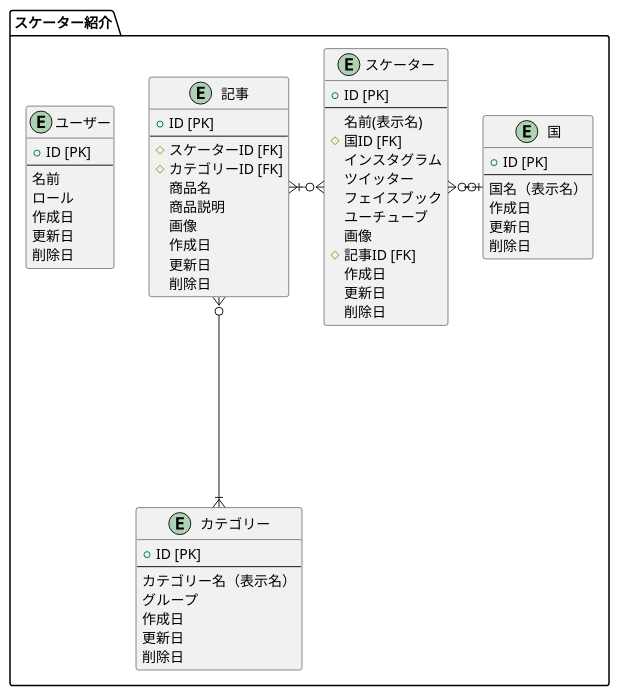
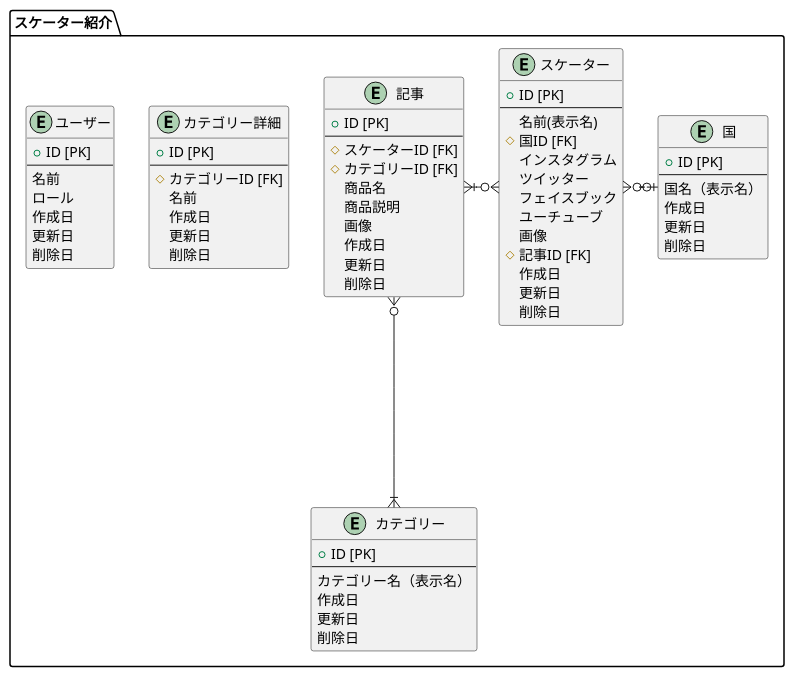
One commit to Gaku301/skate changed the diagram in document/er/er.puml. Above: the diagram before and after it, drawn with PlantUML.

Commit message:
no message

```diff
--- a/document/er/er.puml
+++ b/document/er/er.puml
@@ -1,81 +1,90 @@
 @startuml
 
 package "スケーター紹介"{
     entity "スケーター" as skaters{
         + ID [PK]
         --
         名前(表示名)
         #国ID [FK]
         インスタグラム
         ツイッター
         フェイスブック
         ユーチューブ
         画像
         #記事ID [FK]
         作成日
         更新日
         削除日
     }
 
     entity "国" as countries{
         +ID [PK]
         --
         国名（表示名）
         作成日
         更新日
         削除日
     }
 
     entity "記事" as posts{
         +ID [PK]
         --
         #スケーターID [FK]
         #カテゴリーID [FK]
         商品名
         商品説明
         画像
         作成日
         更新日
         削除日
     }
 
     entity "カテゴリー" as categories{
         +ID [PK]
         --
         カテゴリー名（表示名）
-        グループ
+        作成日
+        更新日
+        削除日
+    }
+
+    entity "カテゴリー詳細" as details{
+        +ID [PK]
+        --
+        #カテゴリーID [FK]
+        名前
         作成日
         更新日
         削除日
     }
     
     entity "ユーザー" as users{
         +ID [PK]
         --
         名前
         ロール
         作成日
         更新日
         削除日
     }
 
 skaters }o--ri--o| countries
 skaters }o--le--|{ posts
 posts }o--d--|{ categories
 
 
 
 /'
     ------   :1
     ----||   :1 and only 1
     ----o|   :0 or 1
     -----{   :many
     ----|{   :1 or more
     ----o{   :0 or many
 '/
 
 
 
 }
 
 @endpuml
```
